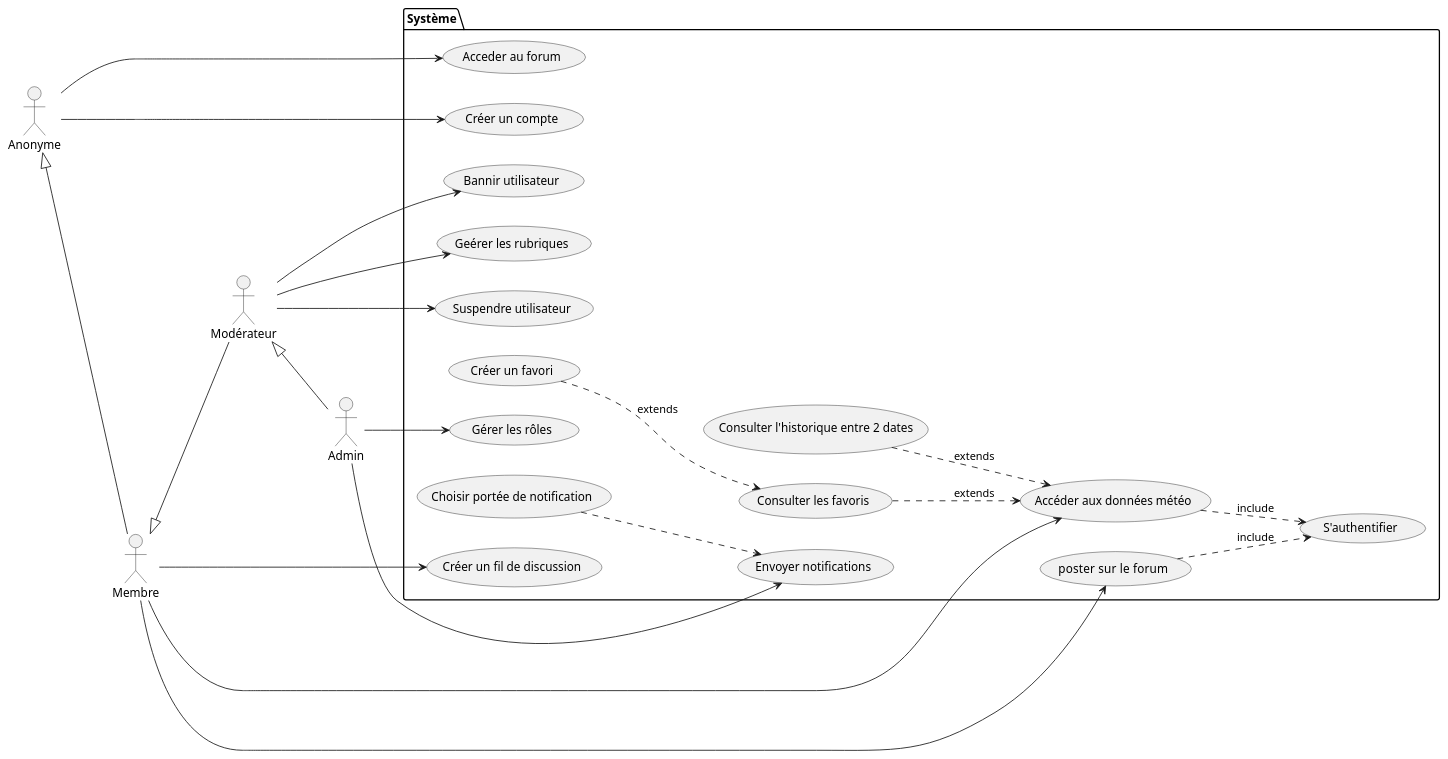
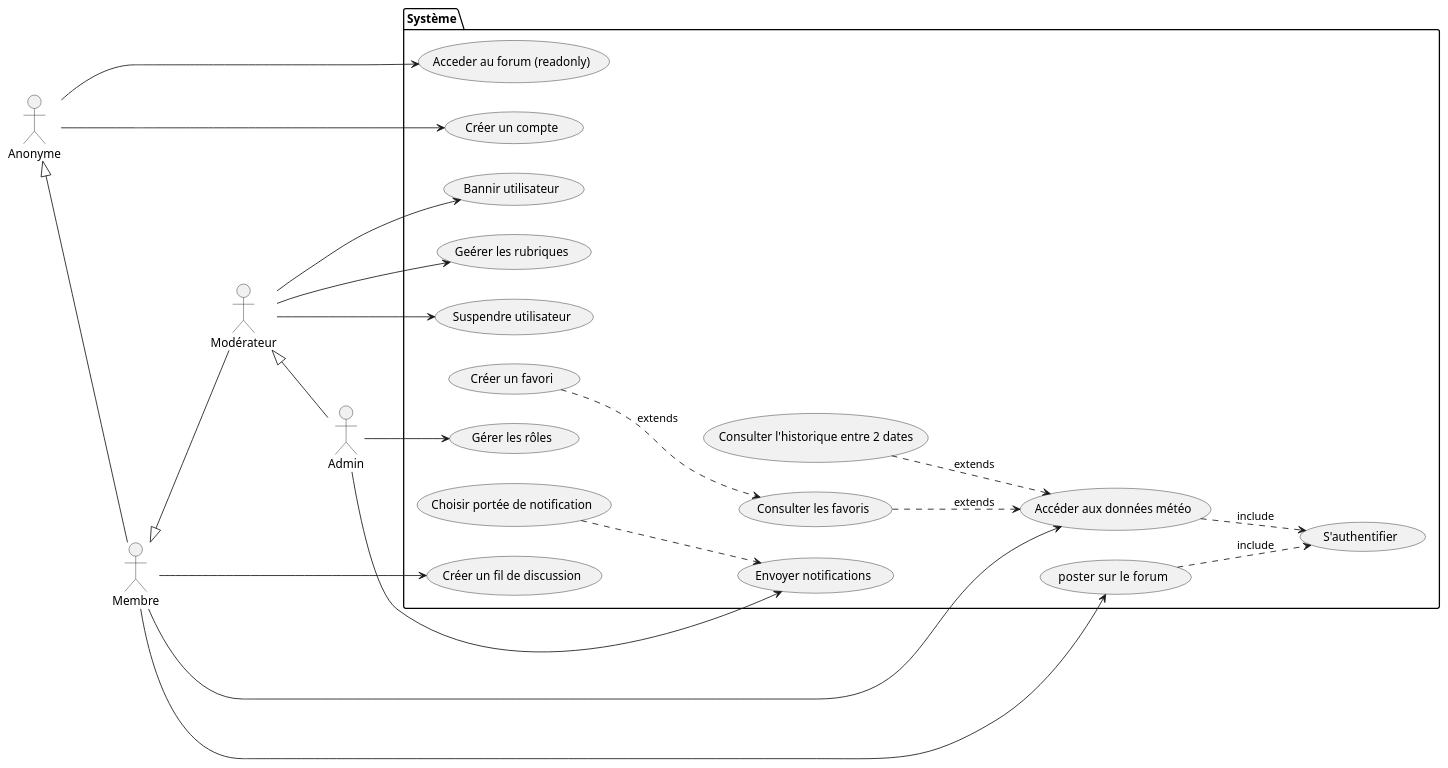
Before and after one commit to AirShareCorporation/TPMeteo: the diagram in projet.puml, drawn with PlantUML.

Commit message:
usecase v3

```diff
--- a/projet.puml
+++ b/projet.puml
@@ -1,54 +1,54 @@
 @startuml projet
 
 left to right direction
 
 actor :Anonyme:
 actor :Membre:
 actor :Admin:
 actor :Modérateur:
 
 
 
 package Système {
         usecase "Geérer les rubriques" as admin
         usecase "Suspendre utilisateur" as timeout
         usecase "Bannir utilisateur" as ban
-        usecase "Acceder au forum" as forum
+        usecase "Acceder au forum (readonly)" as forum
         usecase "poster sur le  forum" as post
         usecase "Envoyer notifications" as notify
         usecase "S'authentifier" as connect
         usecase "Accéder aux données météo" as meteo
         usecase "Créer un compte" as register
         usecase  "Consulter l'historique entre 2 dates" as history
         usecase  "Consulter les favoris" as favorite
         usecase  "Créer un favori" as createFavorite
         usecase  "Créer un fil de discussion" as createSubForum
         usecase  "Choisir portée de notification" as notifRange
         usecase  "Gérer les rôles" as roles
 
 }
 
 
 Anonyme <|-- Membre
 Membre <|-- Modérateur
 Modérateur <|-- Admin
 Modérateur --> ban
 Admin --> roles
 Modérateur --> admin
 Admin --> notify
 Modérateur --> timeout
 post .-> connect : include
 meteo .-> connect : include
 Membre --> meteo
 Membre --> post
 Membre --> createSubForum
 Anonyme --> forum
 Anonyme --> register
 notifRange .-> notify
 history .-> meteo : extends
 favorite .-> meteo : extends
 createFavorite .-> favorite : extends
 
 
 
 @enduml
```
